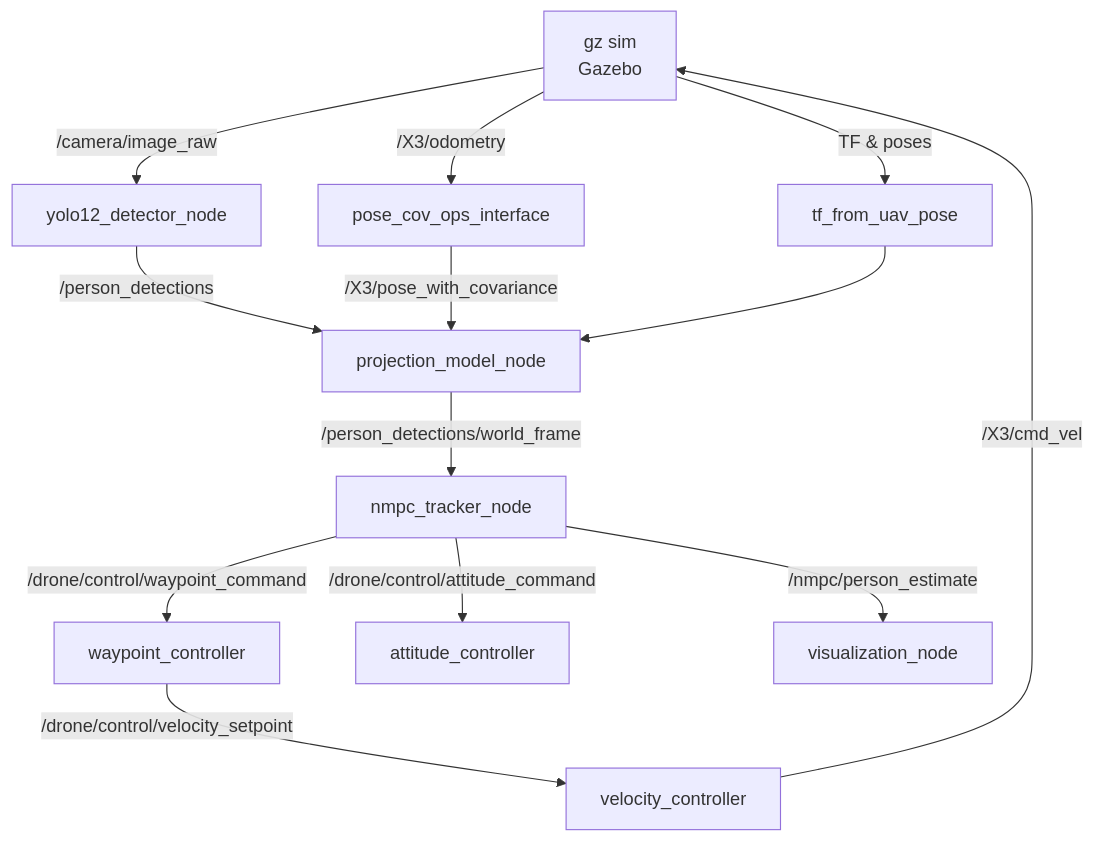
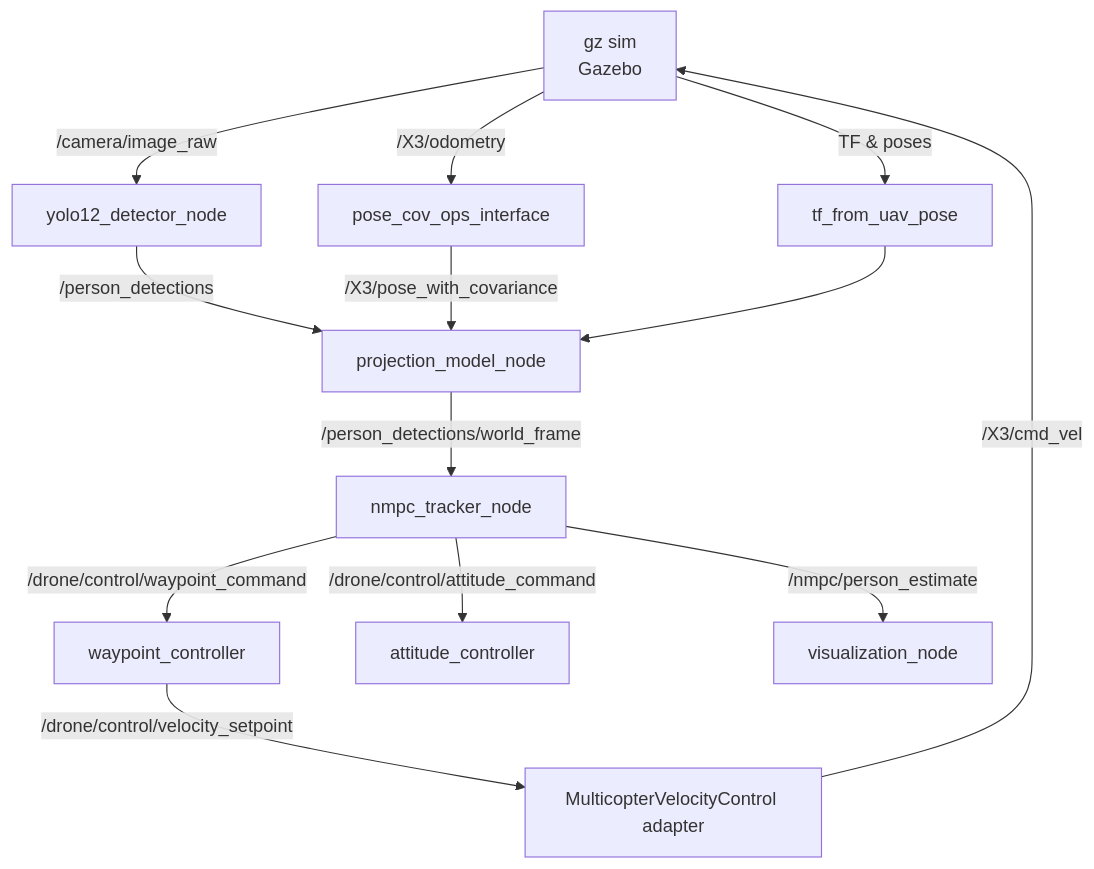
One commit to zuoyangjkpi/DroneSim changed the first of 2 diagrams in AVIANS_system_technical_brief.md. Above: the diagram before and after it, drawn with Mermaid. The commit also changed other lines of this file and 7 other files, not shown here.

Commit message:
waypoint controller and attitude controller tuned a bit. Discovered Gazebo MulticopterVelocityController delay problem

````diff
--- a/AVIANS_system_technical_brief.md
+++ b/AVIANS_system_technical_brief.md
@@ -109,15 +109,15 @@
 ```mermaid
 graph TD
     Gazebo[gz sim\nGazebo] -->|/camera/image_raw| YOLO[yolo12_detector_node]
     Gazebo -->|/X3/odometry| PoseCov[pose_cov_ops_interface]
     YOLO -->|/person_detections| Projector[projection_model_node]
     PoseCov -->|/X3/pose_with_covariance| Projector
     Projector -->|/person_detections/world_frame| NMPC[nmpc_tracker_node]
     NMPC -->|/drone/control/waypoint_command| WP[waypoint_controller]
     NMPC -->|/drone/control/attitude_command| AT[attitude_controller]
-    WP -->|/drone/control/velocity_setpoint| Vel[velocity_controller]
+    WP -->|/drone/control/velocity_setpoint| Vel[MulticopterVelocityControl adapter]
     Vel -->|/X3/cmd_vel| Gazebo
     NMPC -->|/nmpc/person_estimate| Viz[visualization_node]
     Gazebo -->|TF & poses| TFpub[tf_from_uav_pose]
     TFpub --> Projector
 ```
````
